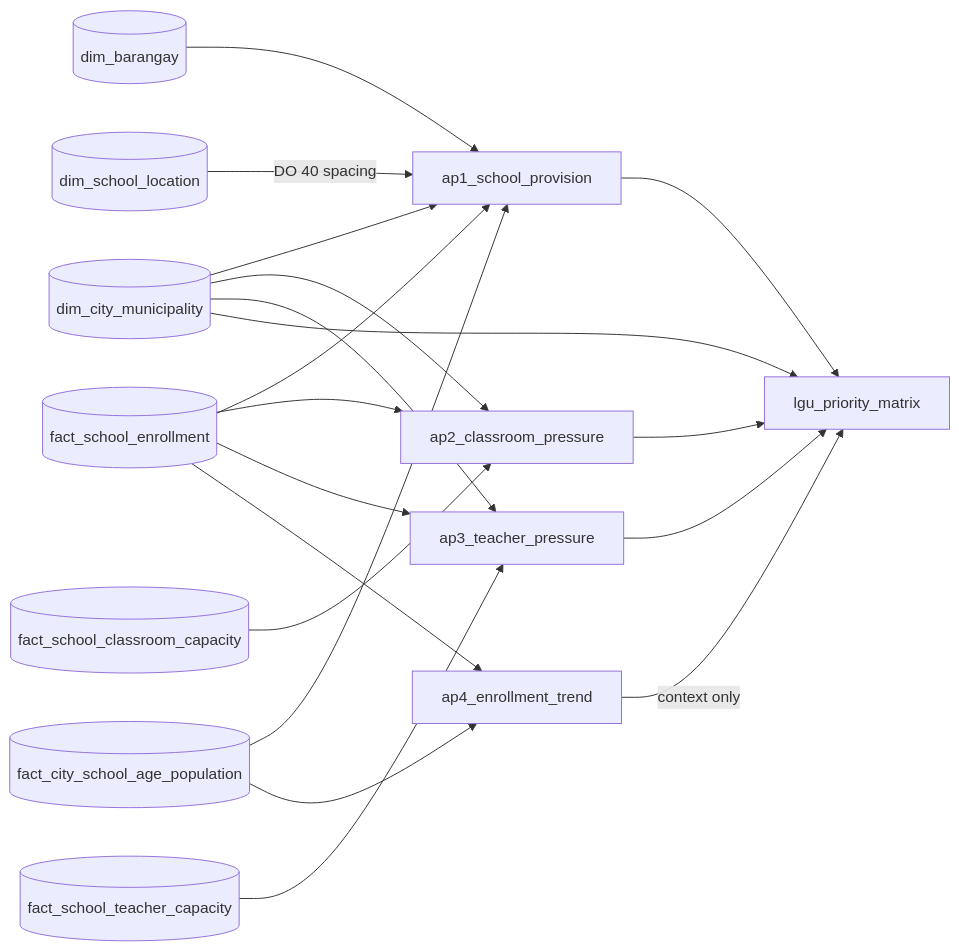
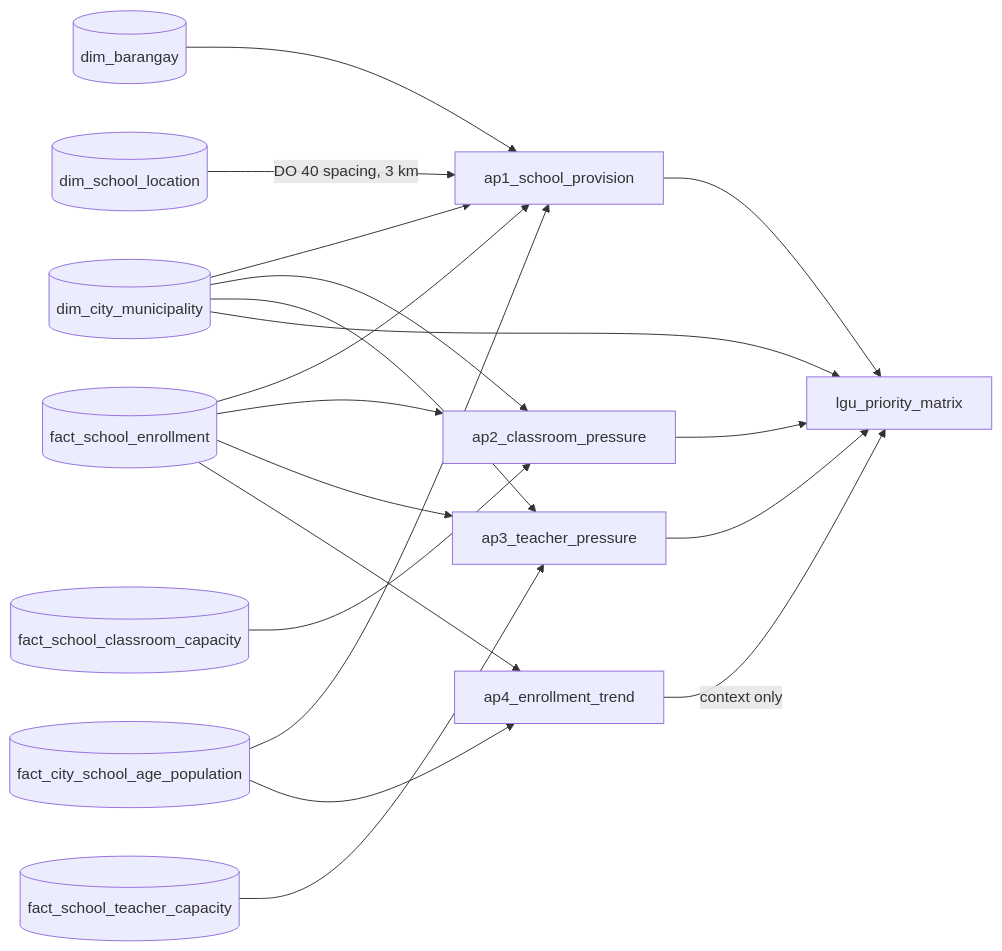
One commit to reached-hq/edu-access-intelligence changed the diagram in etl/06_analytics/README.md. Above: the diagram before and after it, drawn with Mermaid. The commit also changed other lines of this file and 14 other files, not shown here.

````diff
--- a/etl/06_analytics/README.md
+++ b/etl/06_analytics/README.md
@@ -7,14 +7,14 @@
 ```mermaid
 flowchart LR
     enroll[(fact_school_enrollment)] --> ap1 & ap2 & ap3 & ap4
     age[(fact_city_school_age_population)] --> ap1 & ap4
     rooms[(fact_school_classroom_capacity)] --> ap2
     teachers[(fact_school_teacher_capacity)] --> ap3
     city[(dim_city_municipality)] --> ap1 & ap2 & ap3 & matrix
     bgy[(dim_barangay)] --> ap1
-    loc[(dim_school_location)] -->|DO 40 spacing| ap1
+    loc[(dim_school_location)] -->|DO 40 spacing, 3 km| ap1
     ap1[ap1_school_provision] --> matrix
     ap2[ap2_classroom_pressure] --> matrix
     ap3[ap3_teacher_pressure] --> matrix
     ap4[ap4_enrollment_trend] -->|context only| matrix[lgu_priority_matrix]
 ```
````
